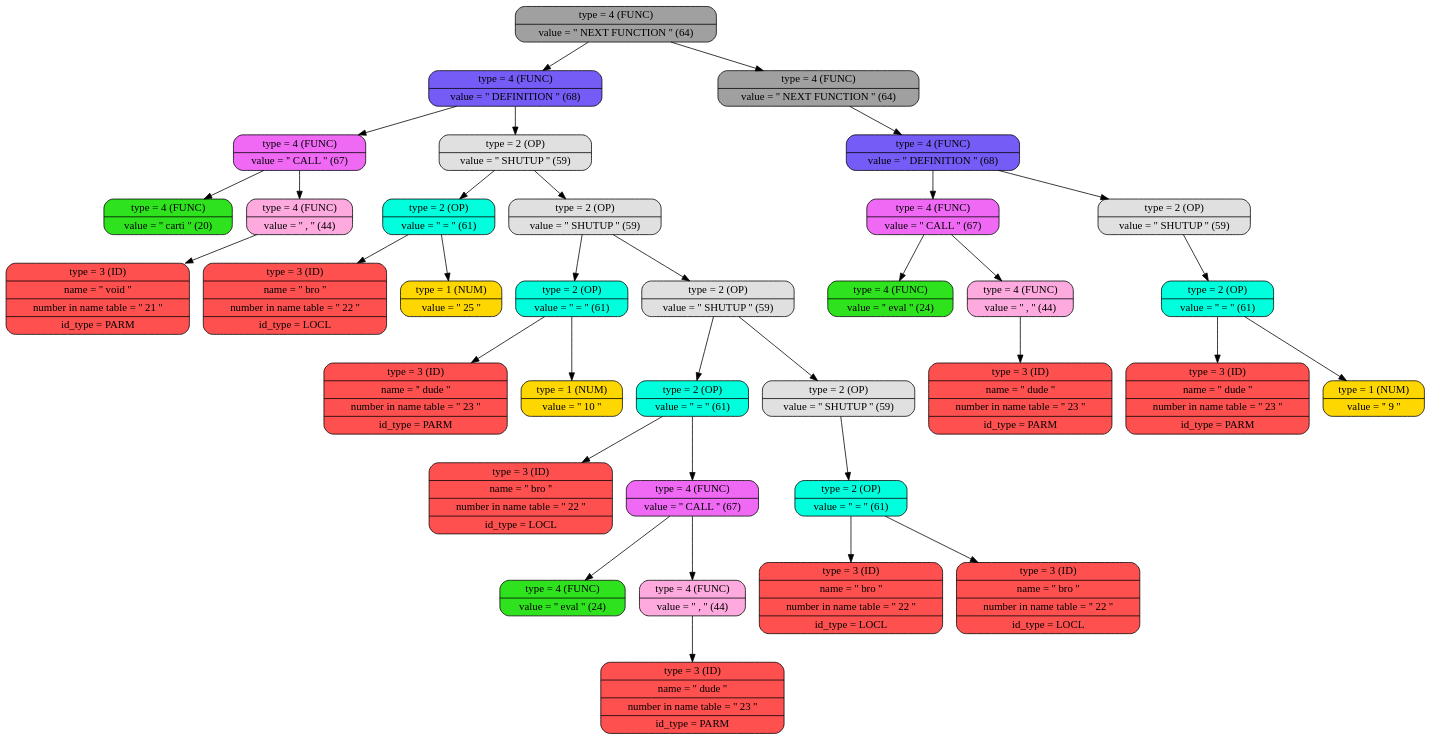
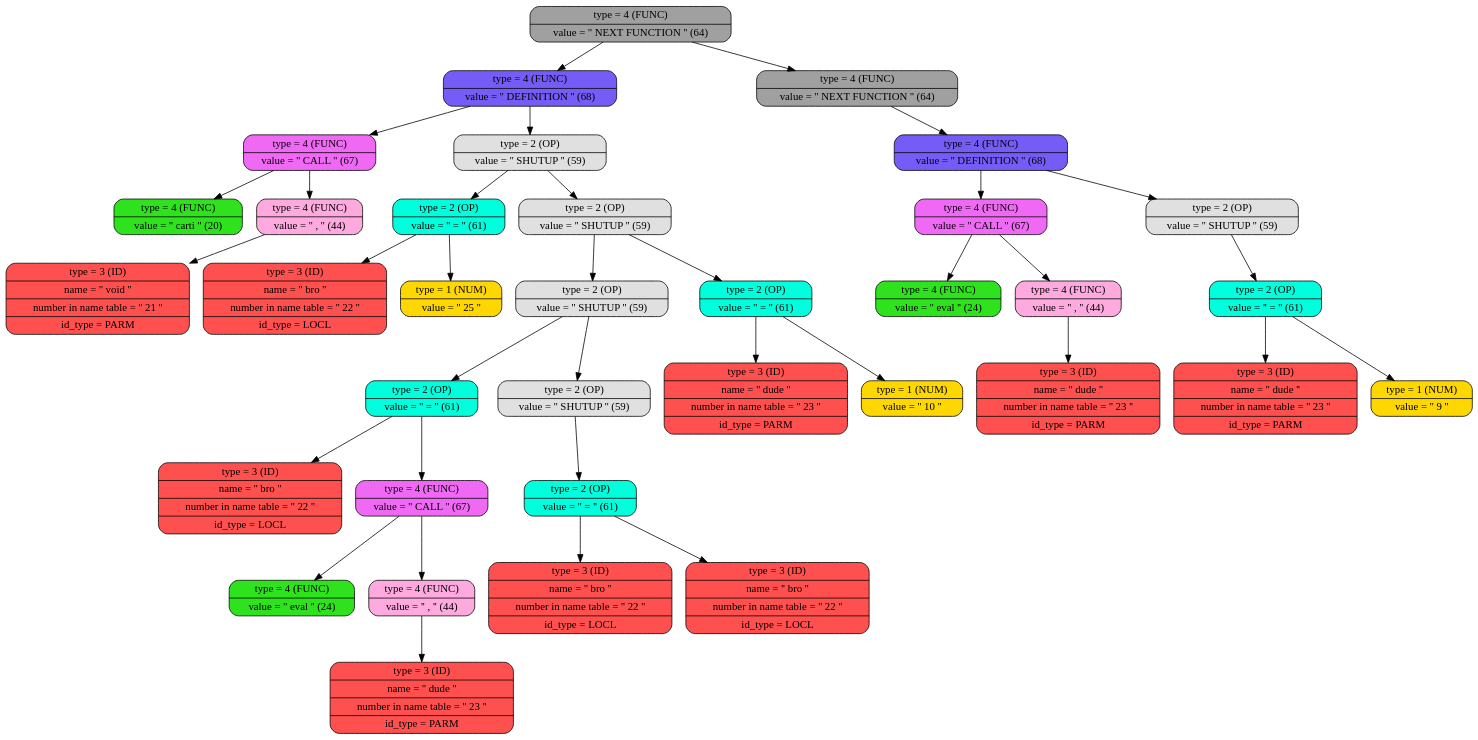
The diagram in build/graph_tree.dot (daniilgriga/MyProgrammingLanguage), drawn with Graphviz before and after one commit. The commit also changed 8 other files, not shown here.

```diff
--- a/build/graph_tree.dot
+++ b/build/graph_tree.dot
@@ -1,74 +1,75 @@
 digraph
 {
 bgcolor="transparent"
 node0x5030000004c0 [shape=Mrecord; label = " { type = 4 (FUNC) | value = '' NEXT FUNCTION ''  (64) }"; style = filled; fillcolor = "#A0A0A0"];
 node0x5030000004c0 -> node0x503000000490;
 node0x5030000004c0 -> node0x5030000006a0;
 node0x503000000490 [shape=Mrecord; label = " { type = 4 (FUNC) | value = '' DEFINITION ''  (68) }"; style = filled; fillcolor = "#755CF7"];
 node0x503000000490 -> node0x5030000000d0;
 node0x503000000490 -> node0x503000000190;
+node0x5030000003a0 [shape=Mrecord; label = " { type = 4 (FUNC) | value = '' NEXT FUNCTION ''  (64) }"; style = filled; fillcolor = "#A0A0A0"];
 node0x5030000000d0 [shape=Mrecord; label = " { type = 4 (FUNC) | value = '' CALL ''  (67) }"; style = filled; fillcolor = "#F069F5"];
 node0x5030000000d0 -> node0x503000000040;
 node0x5030000000d0 -> node0x5030000000a0;
 node0x503000000040 [shape=Mrecord; label = " { type = 4 (FUNC) | value = '' carti ''  (20) }"; style = filled; fillcolor = "#2EE31E"];
 node0x5030000000a0 [shape=Mrecord; label = " { type = 4 (FUNC) | value = '' , ''  (44) }"; style = filled; fillcolor = "#FEAADF"];
 node0x5030000000a0 -> node0x503000000070;
 node0x503000000070 [shape=Mrecord; label = " { type = 3 (ID)  | name = '' void '' | number in name table = '' 21 '' | id_type = PARM }"; style = filled; fillcolor = "#FF5050"];
 node0x503000000190 [shape=Mrecord; label = " { type = 2 (OP)   | value = '' SHUTUP ''  (59) }"; style = filled; fillcolor = "#E0E0E0"];
 node0x503000000190 -> node0x503000000160;
 node0x503000000190 -> node0x503000000250;
 node0x503000000160 [shape=Mrecord; label = " { type = 2 (OP)   | value = '' = ''  (61) }"; style = filled; fillcolor = "#00FFDD"];
 node0x503000000160 -> node0x503000000100;
 node0x503000000160 -> node0x503000000130;
 node0x503000000100 [shape=Mrecord; label = " { type = 3 (ID)  | name = '' bro '' | number in name table = '' 22 '' | id_type = LOCL }"; style = filled; fillcolor = "#FF5050"];
 node0x503000000130 [shape=Mrecord; label = " { type = 1 (NUM)  | value = '' 25 '' }"; style = filled; fillcolor = "#FFD700"];
 node0x503000000250 [shape=Mrecord; label = " { type = 2 (OP)   | value = '' SHUTUP ''  (59) }"; style = filled; fillcolor = "#E0E0E0"];
 node0x503000000250 -> node0x503000000220;
 node0x503000000250 -> node0x5030000003a0;
 node0x503000000220 [shape=Mrecord; label = " { type = 2 (OP)   | value = '' = ''  (61) }"; style = filled; fillcolor = "#00FFDD"];
 node0x503000000220 -> node0x5030000001c0;
 node0x503000000220 -> node0x5030000001f0;
 node0x5030000001c0 [shape=Mrecord; label = " { type = 3 (ID)  | name = '' dude '' | number in name table = '' 23 '' | id_type = PARM }"; style = filled; fillcolor = "#FF5050"];
 node0x5030000001f0 [shape=Mrecord; label = " { type = 1 (NUM)  | value = '' 10 '' }"; style = filled; fillcolor = "#FFD700"];
 node0x5030000003a0 [shape=Mrecord; label = " { type = 2 (OP)   | value = '' SHUTUP ''  (59) }"; style = filled; fillcolor = "#E0E0E0"];
 node0x5030000003a0 -> node0x503000000370;
 node0x5030000003a0 -> node0x503000000460;
 node0x503000000370 [shape=Mrecord; label = " { type = 2 (OP)   | value = '' = ''  (61) }"; style = filled; fillcolor = "#00FFDD"];
 node0x503000000370 -> node0x503000000280;
 node0x503000000370 -> node0x503000000340;
 node0x503000000280 [shape=Mrecord; label = " { type = 3 (ID)  | name = '' bro '' | number in name table = '' 22 '' | id_type = LOCL }"; style = filled; fillcolor = "#FF5050"];
 node0x503000000340 [shape=Mrecord; label = " { type = 4 (FUNC) | value = '' CALL ''  (67) }"; style = filled; fillcolor = "#F069F5"];
 node0x503000000340 -> node0x5030000002b0;
 node0x503000000340 -> node0x503000000310;
 node0x5030000002b0 [shape=Mrecord; label = " { type = 4 (FUNC) | value = '' eval ''  (24) }"; style = filled; fillcolor = "#2EE31E"];
 node0x503000000310 [shape=Mrecord; label = " { type = 4 (FUNC) | value = '' , ''  (44) }"; style = filled; fillcolor = "#FEAADF"];
 node0x503000000310 -> node0x5030000002e0;
 node0x5030000002e0 [shape=Mrecord; label = " { type = 3 (ID)  | name = '' dude '' | number in name table = '' 23 '' | id_type = PARM }"; style = filled; fillcolor = "#FF5050"];
 node0x503000000460 [shape=Mrecord; label = " { type = 2 (OP)   | value = '' SHUTUP ''  (59) }"; style = filled; fillcolor = "#E0E0E0"];
 node0x503000000460 -> node0x503000000430;
 node0x503000000430 [shape=Mrecord; label = " { type = 2 (OP)   | value = '' = ''  (61) }"; style = filled; fillcolor = "#00FFDD"];
 node0x503000000430 -> node0x5030000003d0;
 node0x503000000430 -> node0x503000000400;
 node0x5030000003d0 [shape=Mrecord; label = " { type = 3 (ID)  | name = '' bro '' | number in name table = '' 22 '' | id_type = LOCL }"; style = filled; fillcolor = "#FF5050"];
 node0x503000000400 [shape=Mrecord; label = " { type = 3 (ID)  | name = '' bro '' | number in name table = '' 22 '' | id_type = LOCL }"; style = filled; fillcolor = "#FF5050"];
 node0x5030000006a0 [shape=Mrecord; label = " { type = 4 (FUNC) | value = '' NEXT FUNCTION ''  (64) }"; style = filled; fillcolor = "#A0A0A0"];
 node0x5030000006a0 -> node0x503000000670;
 node0x503000000670 [shape=Mrecord; label = " { type = 4 (FUNC) | value = '' DEFINITION ''  (68) }"; style = filled; fillcolor = "#755CF7"];
 node0x503000000670 -> node0x503000000580;
 node0x503000000670 -> node0x503000000640;
 node0x503000000580 [shape=Mrecord; label = " { type = 4 (FUNC) | value = '' CALL ''  (67) }"; style = filled; fillcolor = "#F069F5"];
 node0x503000000580 -> node0x5030000004f0;
 node0x503000000580 -> node0x503000000550;
 node0x5030000004f0 [shape=Mrecord; label = " { type = 4 (FUNC) | value = '' eval ''  (24) }"; style = filled; fillcolor = "#2EE31E"];
 node0x503000000550 [shape=Mrecord; label = " { type = 4 (FUNC) | value = '' , ''  (44) }"; style = filled; fillcolor = "#FEAADF"];
 node0x503000000550 -> node0x503000000520;
 node0x503000000520 [shape=Mrecord; label = " { type = 3 (ID)  | name = '' dude '' | number in name table = '' 23 '' | id_type = PARM }"; style = filled; fillcolor = "#FF5050"];
 node0x503000000640 [shape=Mrecord; label = " { type = 2 (OP)   | value = '' SHUTUP ''  (59) }"; style = filled; fillcolor = "#E0E0E0"];
 node0x503000000640 -> node0x503000000610;
 node0x503000000610 [shape=Mrecord; label = " { type = 2 (OP)   | value = '' = ''  (61) }"; style = filled; fillcolor = "#00FFDD"];
 node0x503000000610 -> node0x5030000005b0;
 node0x503000000610 -> node0x5030000005e0;
 node0x5030000005b0 [shape=Mrecord; label = " { type = 3 (ID)  | name = '' dude '' | number in name table = '' 23 '' | id_type = PARM }"; style = filled; fillcolor = "#FF5050"];
 node0x5030000005e0 [shape=Mrecord; label = " { type = 1 (NUM)  | value = '' 9 '' }"; style = filled; fillcolor = "#FFD700"];
 
 }
```
